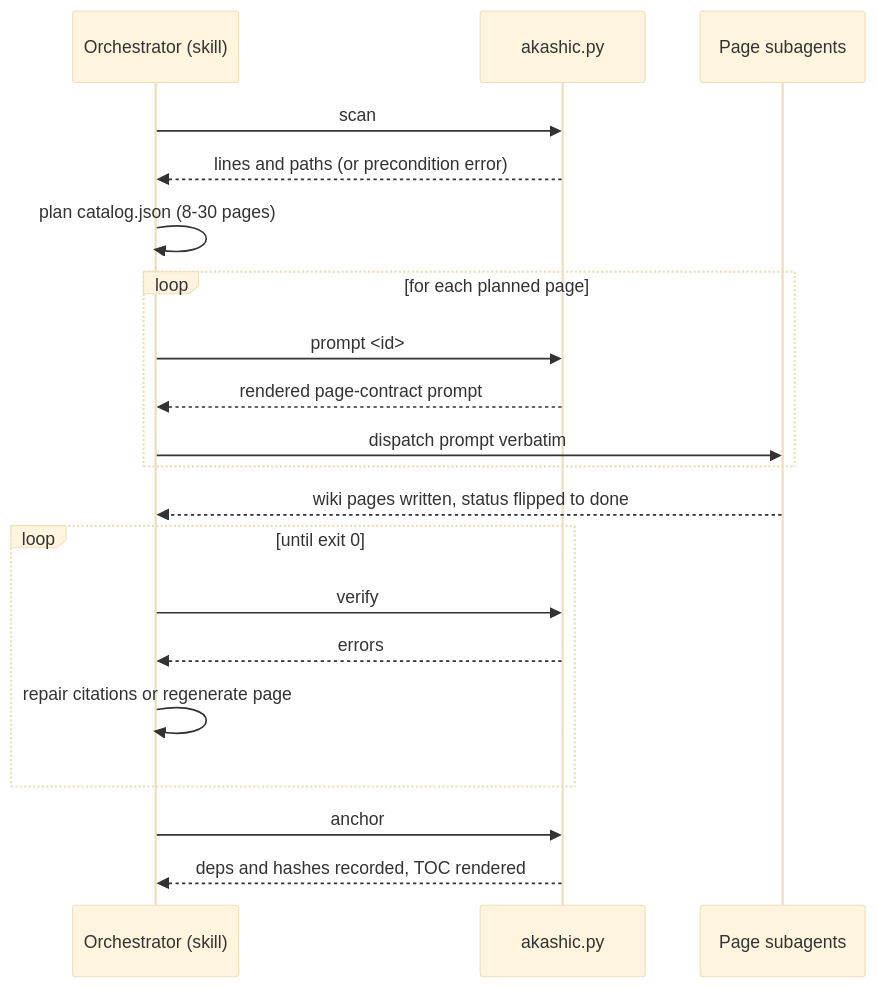
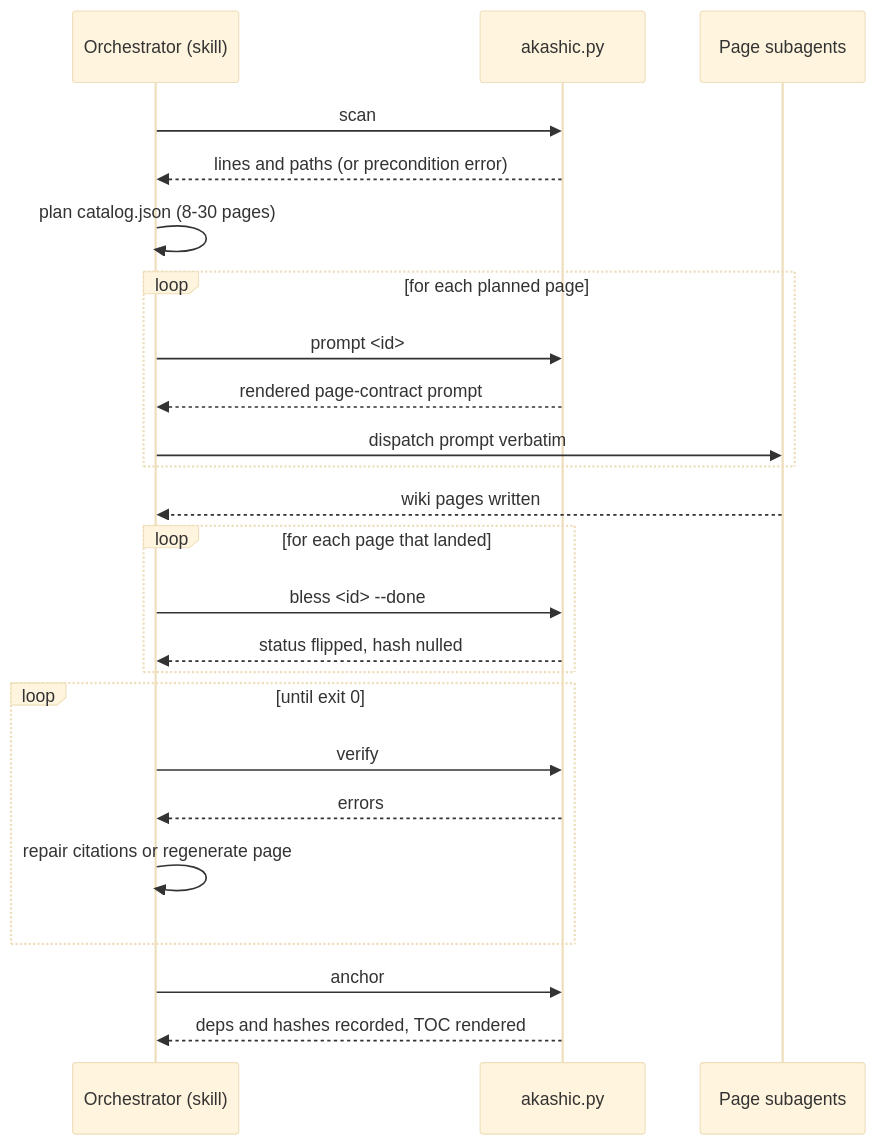
Before and after one commit to ARMeeru/akashic-record: the diagram in .akashic/wiki/skill-orchestration.md, drawn with Mermaid (base theme). The commit also changed other lines of this file and 4 other files, not shown here.

````diff
--- a/.akashic/wiki/skill-orchestration.md
+++ b/.akashic/wiki/skill-orchestration.md
@@ -36,22 +36,26 @@
 ```mermaid
 sequenceDiagram
     participant O as Orchestrator (skill)
     participant A as akashic.py
     participant P as Page subagents
     O->>A: scan
     A-->>O: lines and paths (or precondition error)
     O->>O: plan catalog.json (8-30 pages)
     loop for each planned page
         O->>A: prompt <id>
         A-->>O: rendered page-contract prompt
         O->>P: dispatch prompt verbatim
     end
-    P-->>O: wiki pages written, status flipped to done
+    P-->>O: wiki pages written
+    loop for each page that landed
+        O->>A: bless <id> --done
+        A-->>O: status flipped, hash nulled
+    end
     loop until exit 0
         O->>A: verify
         A-->>O: errors
         O->>O: repair citations or regenerate page
     end
     O->>A: anchor
     A-->>O: deps and hashes recorded, TOC rendered
 ```
````
